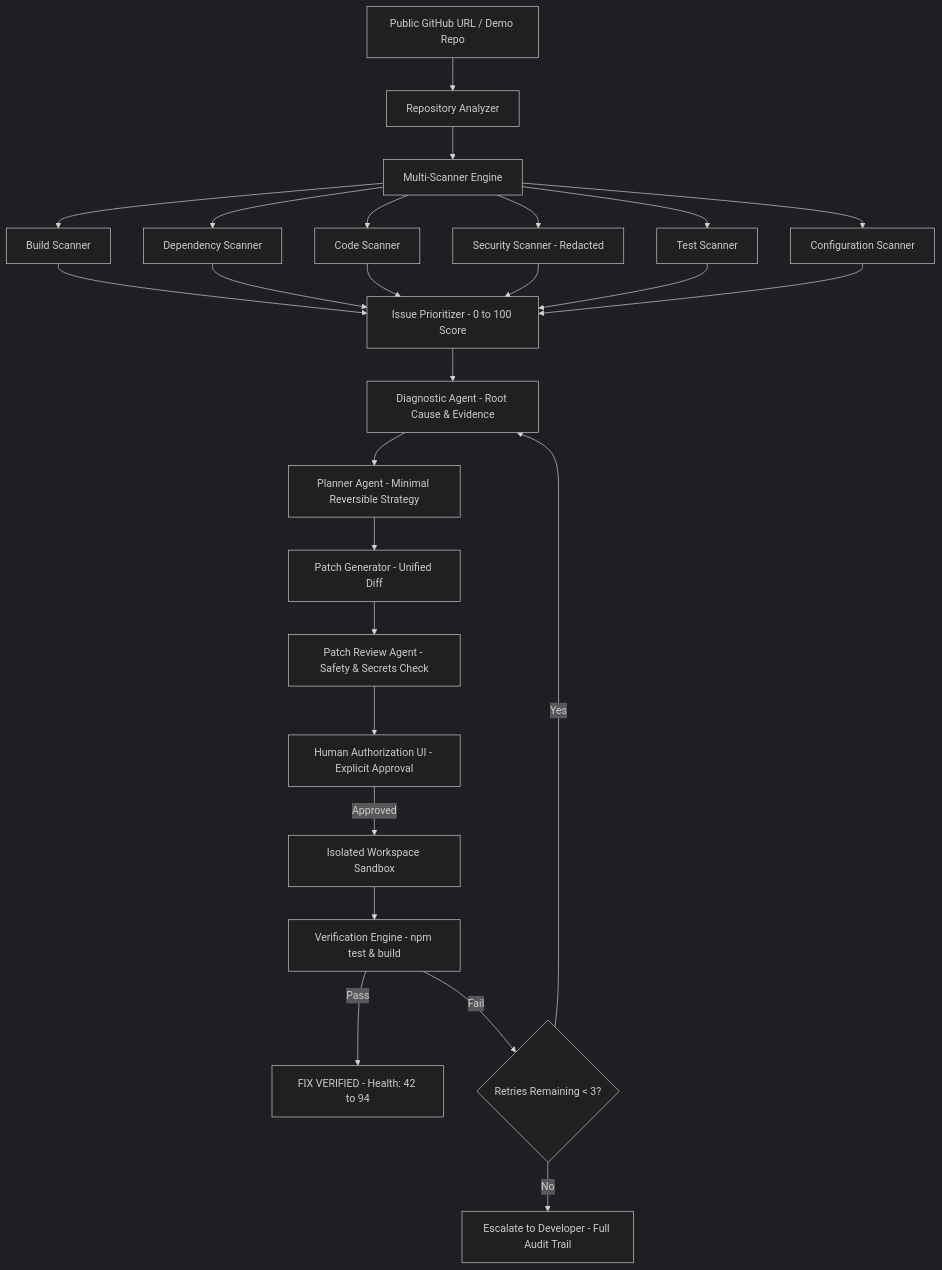
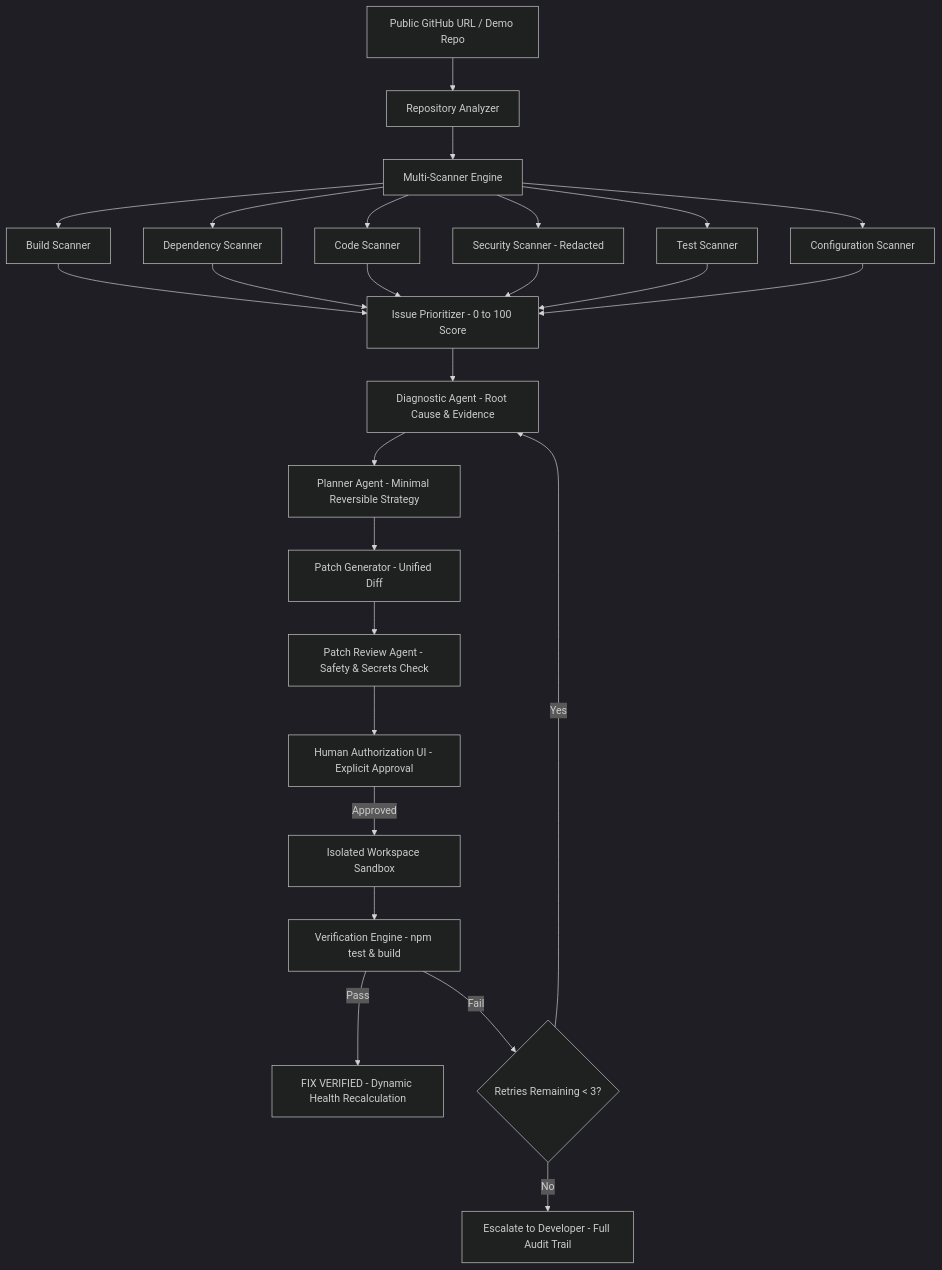
The diagram in README.md (narunsenthilkumar/CodeMedic), drawn with Mermaid (dark theme) before and after one commit. The commit also changed other lines of this file and 16 other files, not shown here.

````diff
--- a/README.md
+++ b/README.md
@@ -27,23 +27,23 @@
 ```mermaid
 graph TD
     A[Public GitHub URL / Demo Repo] --> B[Repository Analyzer]
     B --> C[Multi-Scanner Engine]
     C --> C1[Build Scanner]
     C --> C2[Dependency Scanner]
     C --> C3[Code Scanner]
     C --> C4[Security Scanner - Redacted]
     C --> C5[Test Scanner]
     C --> C6[Configuration Scanner]
     C1 & C2 & C3 & C4 & C5 & C6 --> D[Issue Prioritizer - 0 to 100 Score]
     D --> E[Diagnostic Agent - Root Cause & Evidence]
     E --> F[Planner Agent - Minimal Reversible Strategy]
     F --> G[Patch Generator - Unified Diff]
     G --> H[Patch Review Agent - Safety & Secrets Check]
     H --> I[Human Authorization UI - Explicit Approval]
     I -- Approved --> J[Isolated Workspace Sandbox]
     J --> K[Verification Engine - npm test & build]
-    K -- Pass --> L[FIX VERIFIED - Health: 42 to 94]
+    K -- Pass --> L[FIX VERIFIED - Dynamic Health Recalculation]
     K -- Fail --> M{Retries Remaining < 3?}
     M -- Yes --> E
     M -- No --> N[Escalate to Developer - Full Audit Trail]
 ```
````
